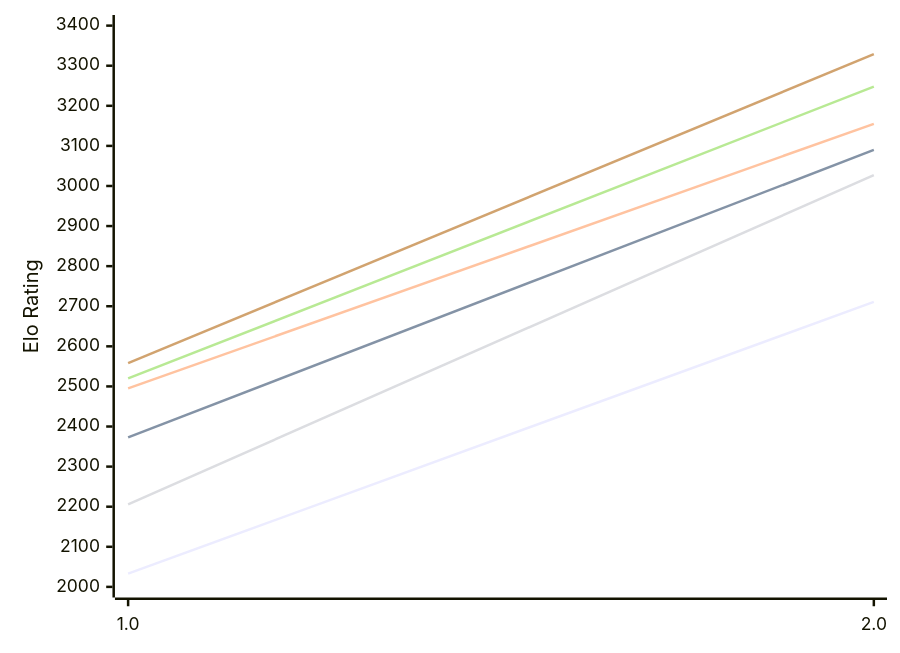
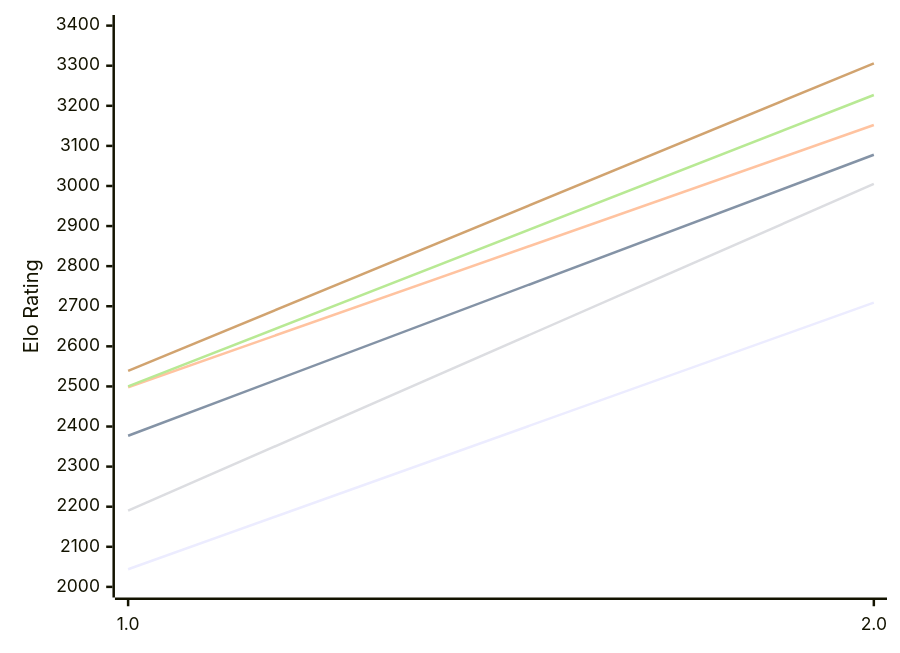
Before and after one commit to computer-chess-index/cci: the diagram in engines/Scarlet.md, drawn with Mermaid. The commit also changed other lines of this file, not shown here.

Commit message:
Update CCI Ratings (ELO VLTC) - 2026-10-18

````diff
--- a/engines/Scarlet.md
+++ b/engines/Scarlet.md
@@ -49,12 +49,12 @@
 ```mermaid
 %%{init: {"theme":"base","themeVariables":{"seriesColors:['#a3a3a3','#222221','#faa371']}}}%%
 xychart-beta
   x-axis ["1.0", "2.0"]
   y-axis "Elo Rating" 2000 --> 3400
-  line "E1: STC (8.0+0.08s)" [2033, 2711]
-  line "E1: LTC (60.0+0.60s)" [2373, 3090]
-  line "E1: VLTC (2m24s+1.12s)" [2495, 3155]
-  line "P1: STC (8.0+0.08s)" [2206, 3027]
-  line "P1: LTC (60.0+0.60s)" [2520, 3248]
-  line "P1: VLTC (2m24s+1.12s)" [2558, 3329]
+  line "E1: STC (8.0+0.08s)" [2044, 2709]
+  line "E1: LTC (60.0+0.60s)" [2377, 3078]
+  line "E1: VLTC (2m24s+1.12s)" [2498, 3152]
+  line "P1: STC (8.0+0.08s)" [2190, 3005]
+  line "P1: LTC (60.0+0.60s)" [2500, 3227]
+  line "P1: VLTC (2m24s+1.12s)" [2539, 3306]
 ```
````
